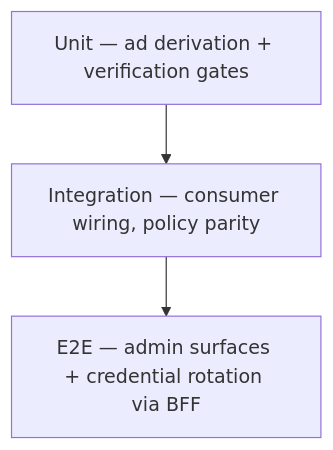
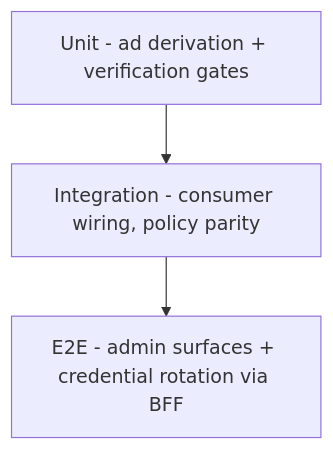
One commit to Hotel8/hotel8-site changed the tenth of 10 diagrams in docs/products/meta/design.md. Above: the diagram before and after it, drawn with Mermaid. The commit also changed other lines of this file and 61 other files, not shown here.

````diff
--- a/docs/products/meta/design.md
+++ b/docs/products/meta/design.md
@@ -202,5 +202,5 @@
 ```mermaid
 graph TD
-    UM[Unit — ad derivation + verification gates] --> IM[Integration — consumer wiring, policy parity]
-    IM --> EM[E2E — admin surfaces + credential rotation via BFF]
+    UM[Unit - ad derivation + verification gates] --> IM[Integration - consumer wiring, policy parity]
+    IM --> EM[E2E - admin surfaces + credential rotation via BFF]
 ```
````
